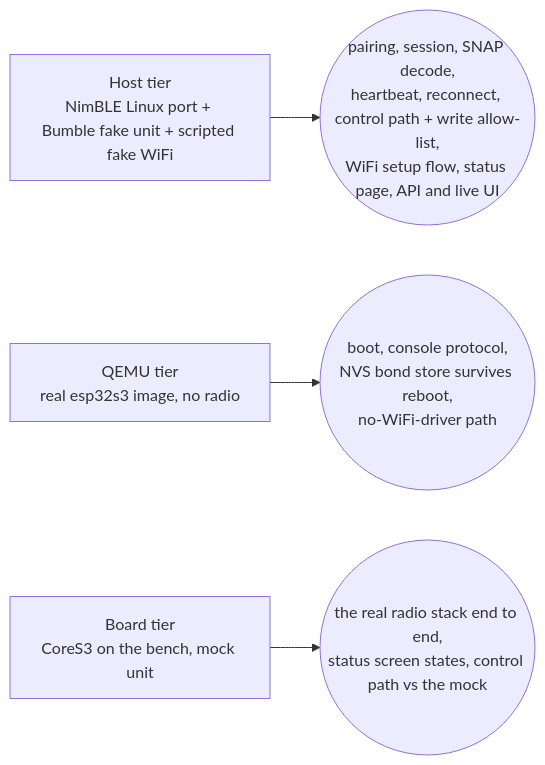
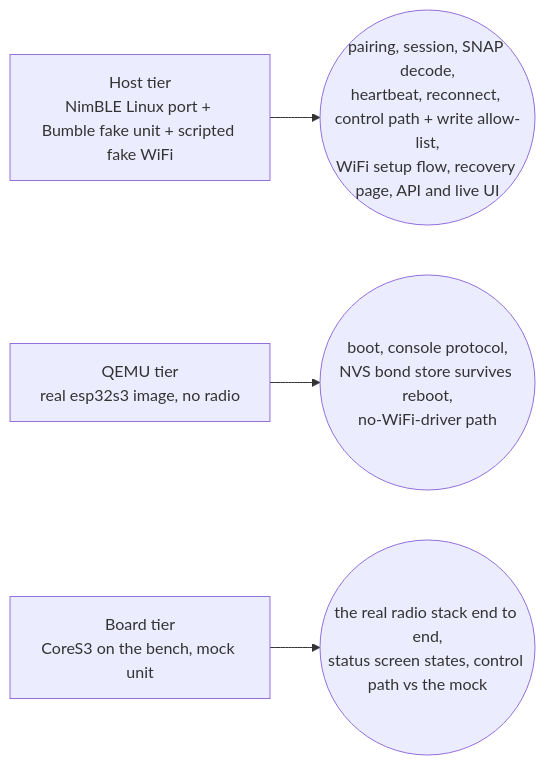
The first of 2 diagrams in docs/firmware.md (ckeller42/open-california), drawn with Mermaid before and after one commit. The commit also changed other lines of this file and 11 other files, not shown here.

First line of the commit message:
docs: one web UI on the satellite — routes, WiFi setup screen, recovery page, Satellite settings

````diff
--- a/docs/firmware.md
+++ b/docs/firmware.md
@@ -33,6 +33,6 @@
 ```mermaid
 flowchart LR
-  H["Host tier<br/>NimBLE Linux port + Bumble fake unit + scripted fake WiFi"] --> HP(("pairing, session, SNAP decode,<br/>heartbeat, reconnect, control path + write allow-list,<br/>WiFi setup flow, status page, API and live UI"))
+  H["Host tier<br/>NimBLE Linux port + Bumble fake unit + scripted fake WiFi"] --> HP(("pairing, session, SNAP decode,<br/>heartbeat, reconnect, control path + write allow-list,<br/>WiFi setup flow, recovery page, API and live UI"))
   Q["QEMU tier<br/>real esp32s3 image, no radio"] --> QP(("boot, console protocol,<br/>NVS bond store survives reboot,<br/>no-WiFi-driver path"))
   B["Board tier<br/>CoreS3 on the bench, mock unit"] --> BP(("the real radio stack end to end,<br/>status screen states, control path vs the mock"))
 ```
````
